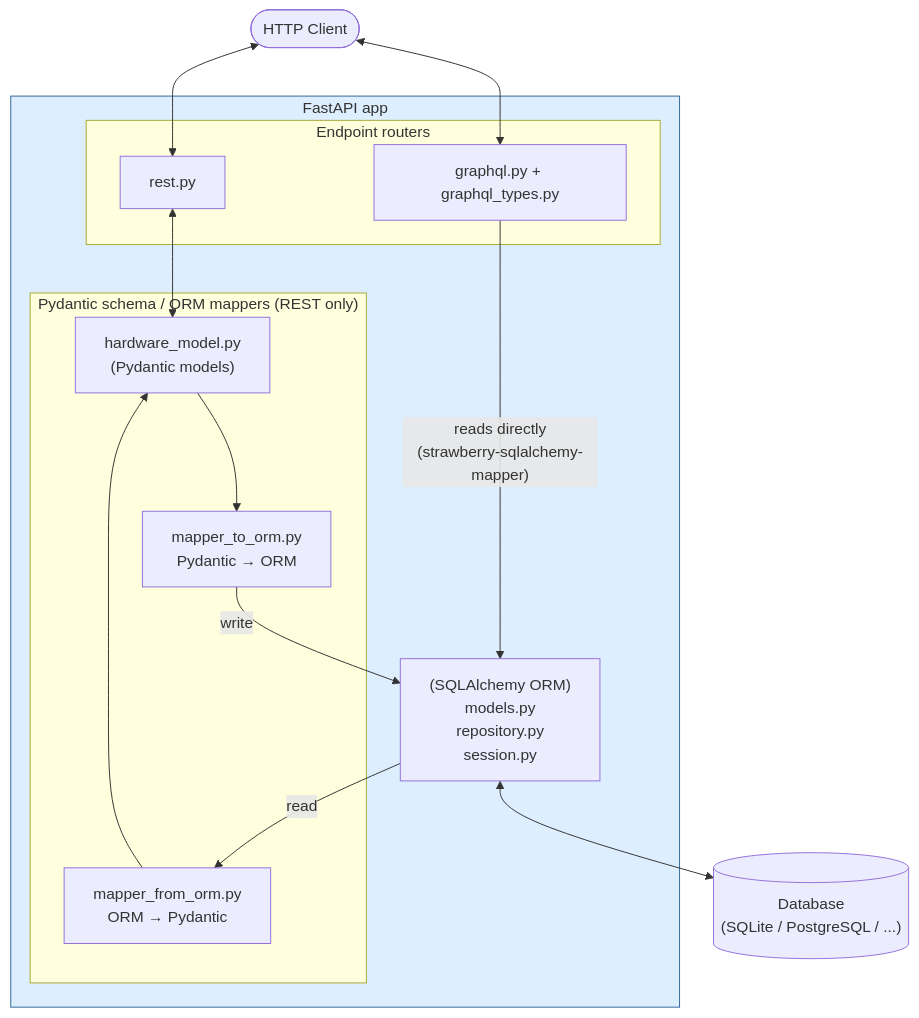
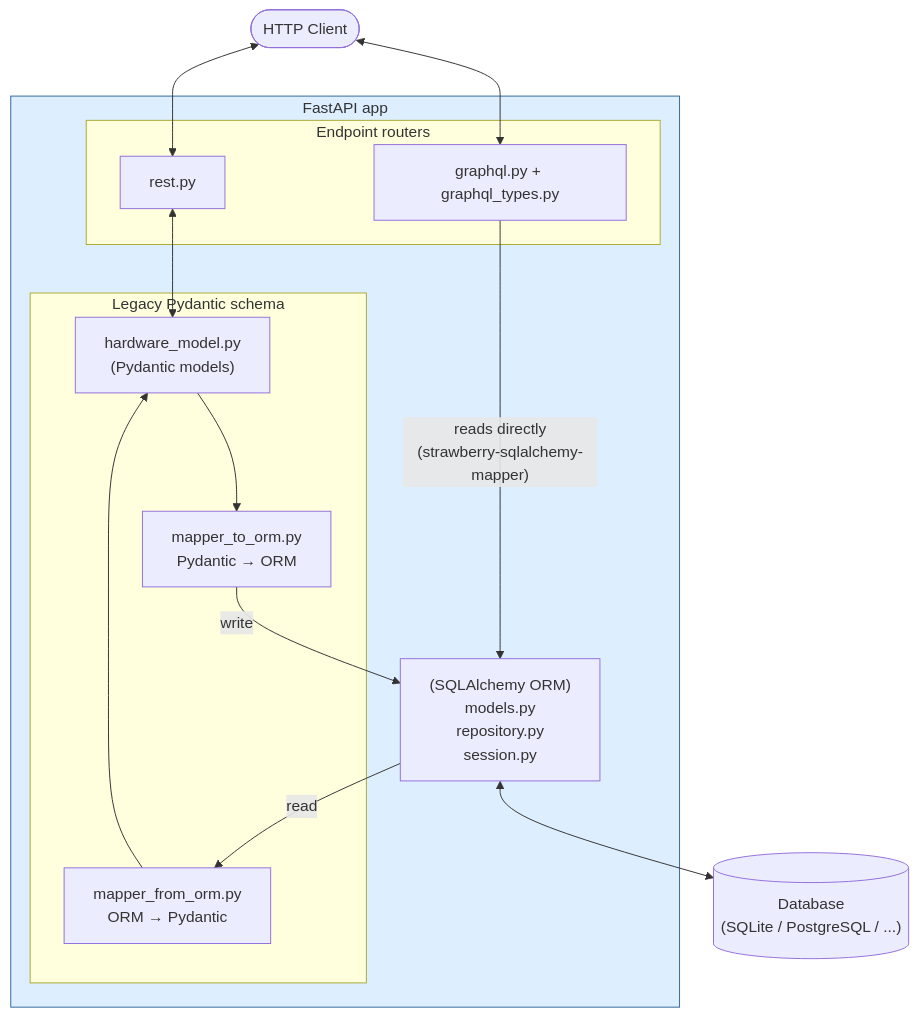
One commit to jlucas-oqc/qubboard_graphql changed the diagram in README.md. Above: the diagram before and after it, drawn with Mermaid.

Commit message:
docs: update README.md to clarify legacy Pydantic schema description

````diff
--- a/README.md
+++ b/README.md
@@ -566,35 +566,35 @@
 ```mermaid
 flowchart TD
     Client(["HTTP Client"])
 
     subgraph fastAPI ["FastAPI app"]
         subgraph routers ["Endpoint routers"]
             GQL["graphql.py + graphql_types.py"]
             REST["rest.py"]
         end
-        subgraph pydantic ["Pydantic schema / ORM mappers (REST only)"]
+        subgraph pydantic ["Legacy Pydantic schema"]
             HM["hardware_model.py<br/>(Pydantic models)"]
             TO["mapper_to_orm.py<br/>Pydantic → ORM"]
             FROM["mapper_from_orm.py<br/>ORM → Pydantic"]
         end
 
         ORM["(SQLAlchemy ORM)<br/>models.py<br/>repository.py<br/>session.py"]
     end
 
     DB[("Database<br/>(SQLite / PostgreSQL / ...)")]
 
     Client <--> REST
     Client <--> GQL
 
     REST <--> HM
     HM --> TO
     TO -->|"write"| ORM
 
     ORM -->|"read"| FROM
     FROM --> HM
 
     GQL -->|"reads directly<br/>(strawberry-sqlalchemy-mapper)"| ORM
     ORM <--> DB
 
     style fastAPI fill:#ddeeff,stroke:#336699
 ```
````
